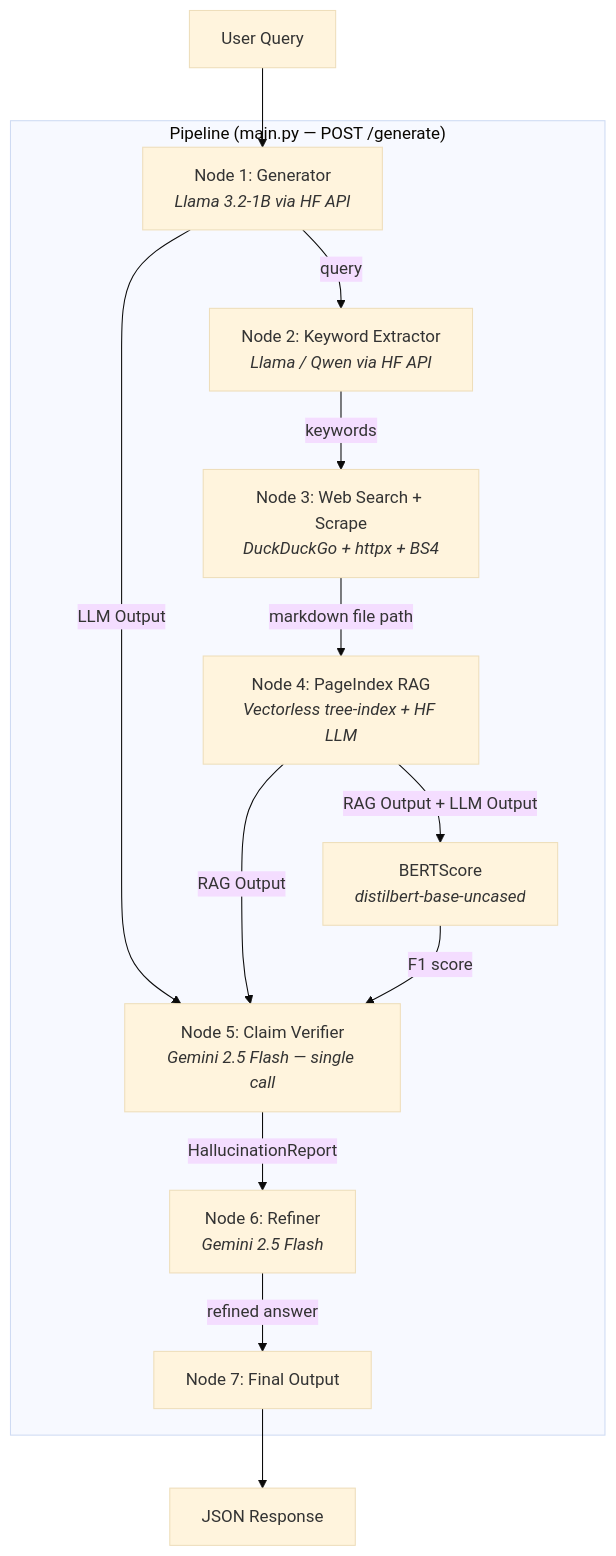
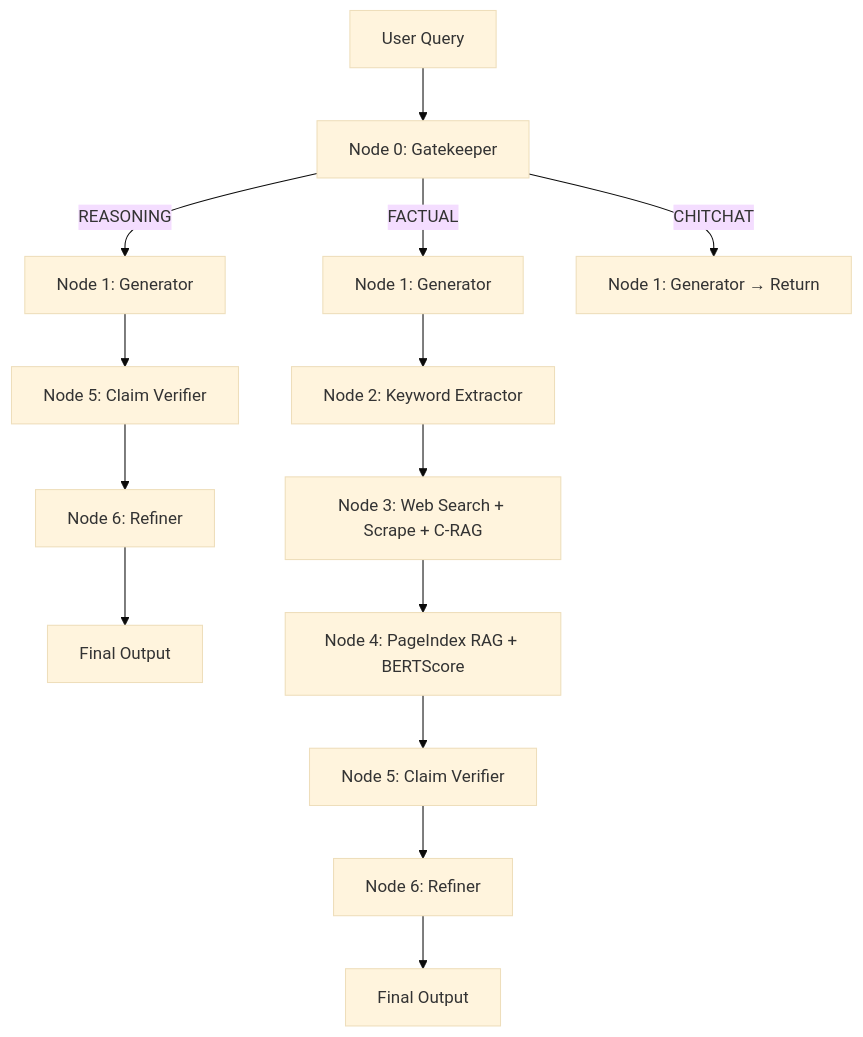
The diagram in README.md (Suhas-123-cell/Hallu-Check), drawn with Mermaid (base theme) before and after one commit. The commit also changed other lines of this file, not shown here.

Commit message:
New node architecture in Readme.md

````diff
--- a/README.md
+++ b/README.md
@@ -11,26 +24,18 @@
 ```mermaid
 graph TD
-    User["User Query"] --> N1
+    Q["User Query"] --> N0["Node 0: Gatekeeper"]
+    N0 -->|FACTUAL| N1F["Node 1: Generator"]
+    N0 -->|REASONING| N1R["Node 1: Generator"]
+    N0 -->|CHITCHAT| N1C["Node 1: Generator → Return"]
 
-    subgraph "Pipeline (main.py — POST /generate)"
-        N1["Node 1: Generator<br/><i>Llama 3.2-1B via HF API</i>"]
-        N2["Node 2: Keyword Extractor<br/><i>Llama / Qwen via HF API</i>"]
-        N3["Node 3: Web Search + Scrape<br/><i>DuckDuckGo + httpx + BS4</i>"]
-        N4["Node 4: PageIndex RAG<br/><i>Vectorless tree-index + HF LLM</i>"]
-        BS["BERTScore<br/><i>distilbert-base-uncased</i>"]
-        N5["Node 5: Claim Verifier<br/><i>Gemini 2.5 Flash — single call</i>"]
-        N6["Node 6: Refiner<br/><i>Gemini 2.5 Flash</i>"]
-        N7["Node 7: Final Output"]
-    end
+    N1R --> N5R["Node 5: Claim Verifier"]
+    N5R --> N6R["Node 6: Refiner"]
+    N6R --> OUT1["Final Output"]
 
-    N1 -->|LLM Output| N5
-    N1 -->|query| N2
-    N2 -->|keywords| N3
-    N3 -->|markdown file path| N4
-    N4 -->|RAG Output| N5
-    N4 -->|RAG Output + LLM Output| BS
-    BS -->|F1 score| N5
-    N5 -->|HallucinationReport| N6
-    N6 -->|refined answer| N7
-    N7 --> Response["JSON Response"]
+    N1F --> N2["Node 2: Keyword Extractor"]
+    N2 --> N3["Node 3: Web Search + Scrape + C-RAG"]
+    N3 --> N4["Node 4: PageIndex RAG + BERTScore"]
+    N4 --> N5F["Node 5: Claim Verifier"]
+    N5F --> N6F["Node 6: Refiner"]
+    N6F --> OUT2["Final Output"]
 ```
````
